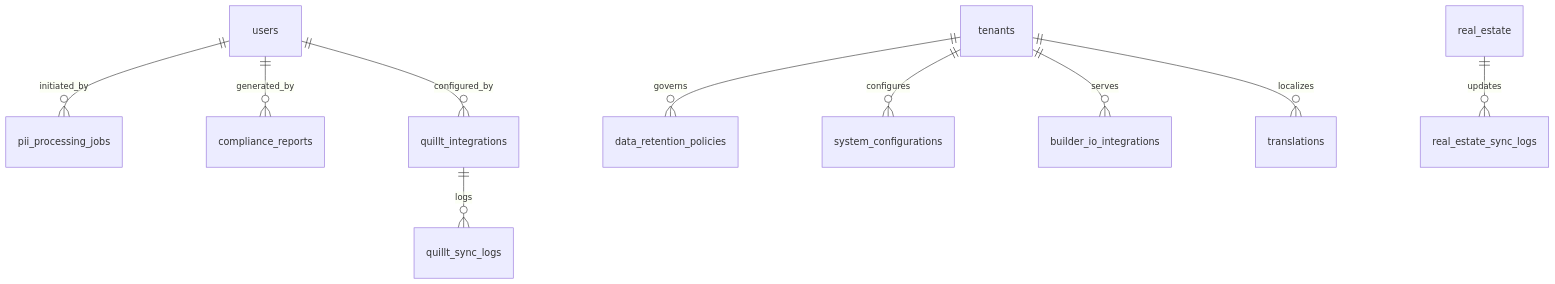
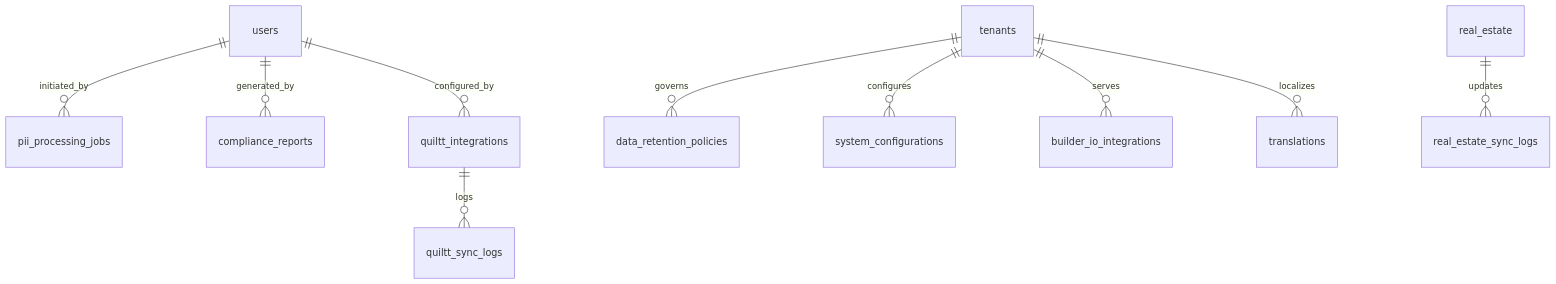
One commit to thseitz/FWD-INH changed the sixth of 6 diagrams in docs/requirements/DB/model/2_DB_Schema_Reference.md. Above: the diagram before and after it, drawn with Mermaid. The commit also changed other lines of this file and 22 other files, not shown here.

````diff
--- a/docs/requirements/DB/model/2_DB_Schema_Reference.md
+++ b/docs/requirements/DB/model/2_DB_Schema_Reference.md
@@ -176,20 +176,20 @@
 ```mermaid
 %%{init: {"er": {"minEntityWidth": 120, "minEntityHeight": 80, "entityPadding": 20}}}%%
 erDiagram
     %% Compliance & Data Management
     users ||--o{ pii_processing_jobs : "initiated_by"
     users ||--o{ compliance_reports : "generated_by"
     tenants ||--o{ data_retention_policies : "governs"
     tenants ||--o{ system_configurations : "configures"
     
     
     %% Financial Data Integration
-    users ||--o{ quillt_integrations : "configured_by"
-    quillt_integrations ||--o{ quillt_sync_logs : "logs"
+    users ||--o{ quiltt_integrations : "configured_by"
+    quiltt_integrations ||--o{ quiltt_sync_logs : "logs"
     
     
     %% External System Integration
     tenants ||--o{ builder_io_integrations : "serves"
     real_estate ||--o{ real_estate_sync_logs : "updates"
     tenants ||--o{ translations : "localizes"
 ```
````
